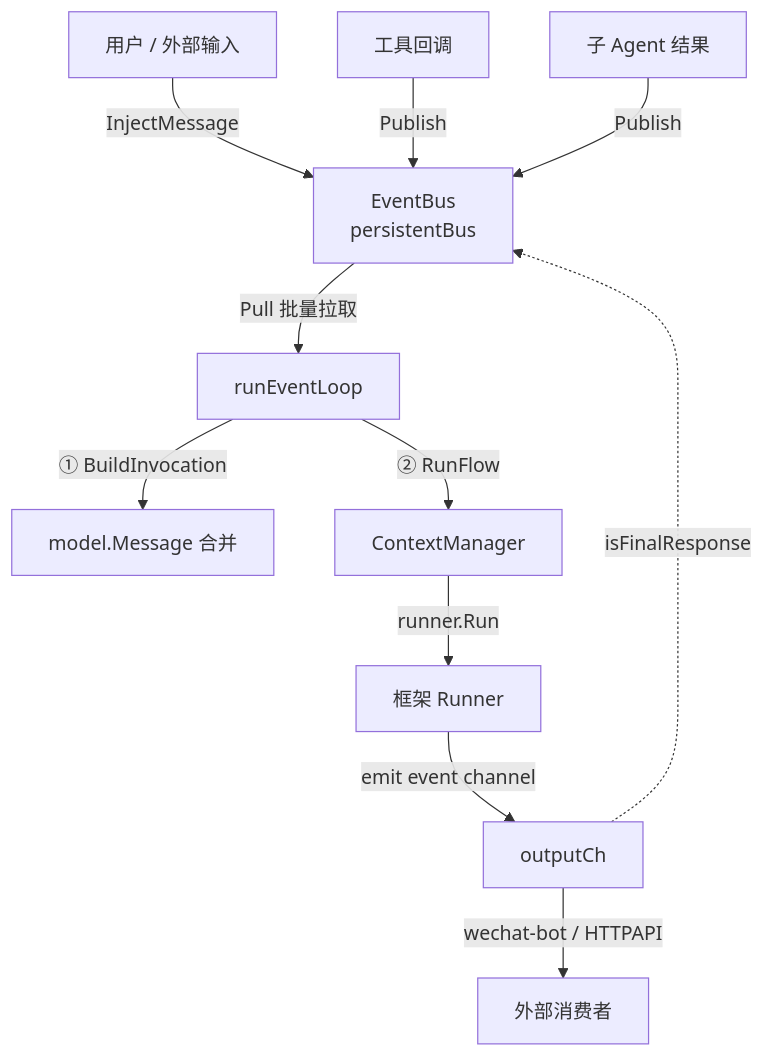
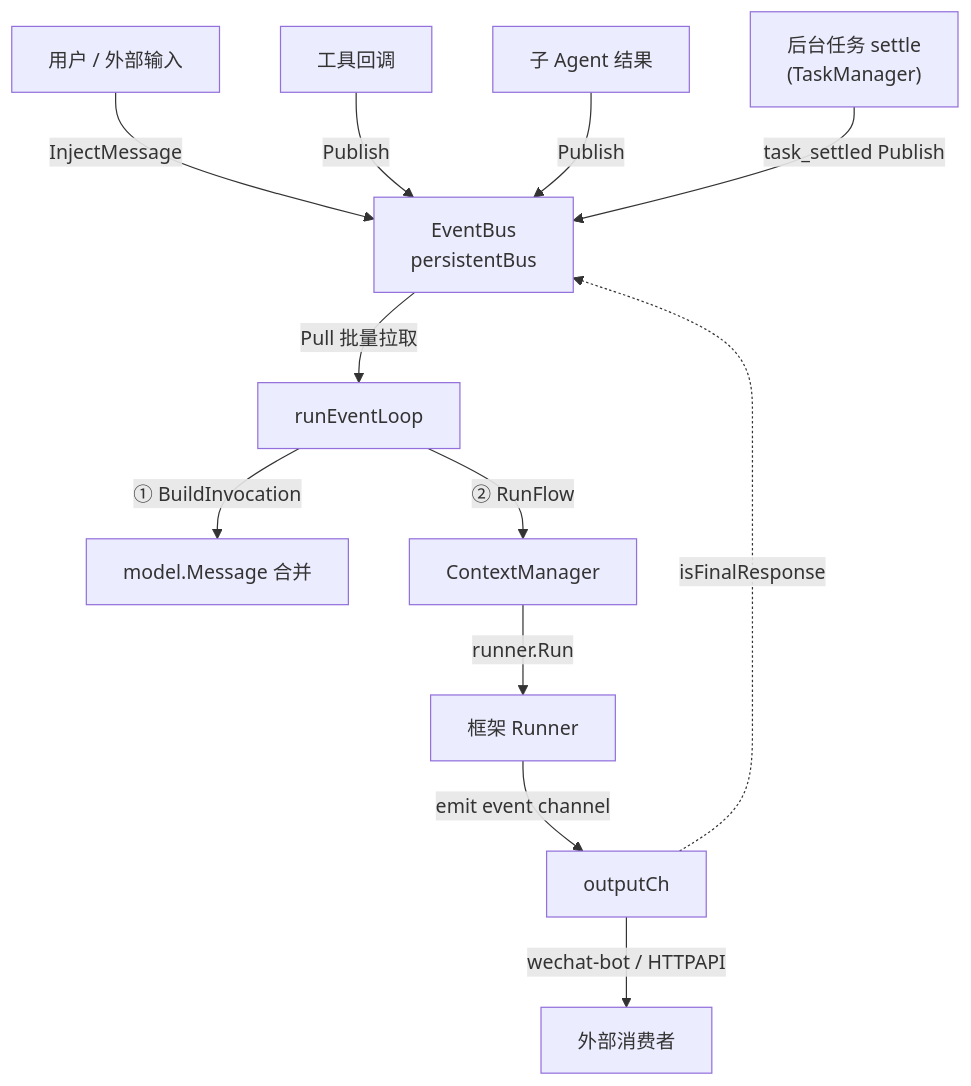
The first of 7 diagrams in docs/wiki/agent/event-flow.md (SpellingDragon/tagent), drawn with Mermaid before and after one commit. The commit also changed other lines of this file and 2 other files, not shown here.

First line of the commit message:
docs(wiki): reconcile event/tool docs with async task layer

````diff
--- a/docs/wiki/agent/event-flow.md
+++ b/docs/wiki/agent/event-flow.md
@@ -7,16 +7,17 @@
 ```mermaid
 graph TD
     User["用户 / 外部输入"] -->|InjectMessage| Bus[EventBus<br/>persistentBus]
     Tool["工具回调"] -->|Publish| Bus
     SubAgent["子 Agent 结果"] -->|Publish| Bus
+    Task["后台任务 settle<br/>(TaskManager)"] -->|task_settled Publish| Bus
 
     Bus -->|Pull 批量拉取| EL[runEventLoop]
     EL -->|① BuildInvocation| Msg[model.Message 合并]
     EL -->|② RunFlow| CM[ContextManager]
     CM -->|runner.Run| Runner[框架 Runner]
 
     Runner -->|emit event channel| OutCh[outputCh]
     OutCh -->|wechat-bot / HTTPAPI| Consumer[外部消费者]
 
     OutCh -.->|isFinalResponse| Bus
 ```
````
